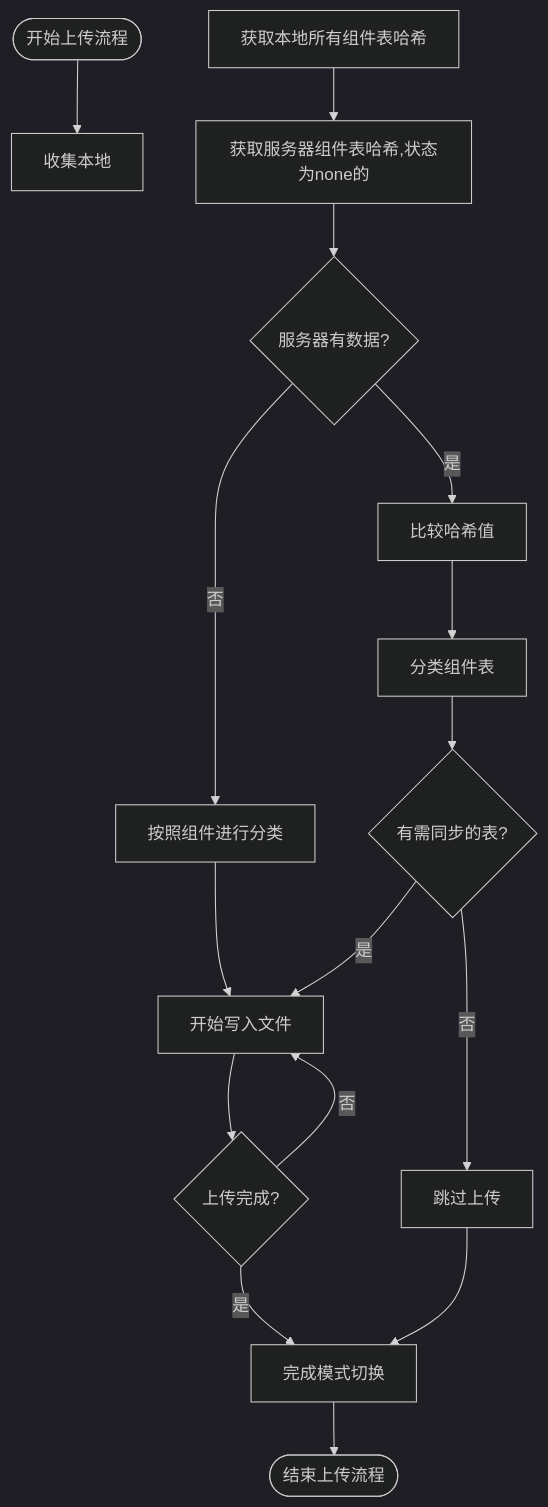
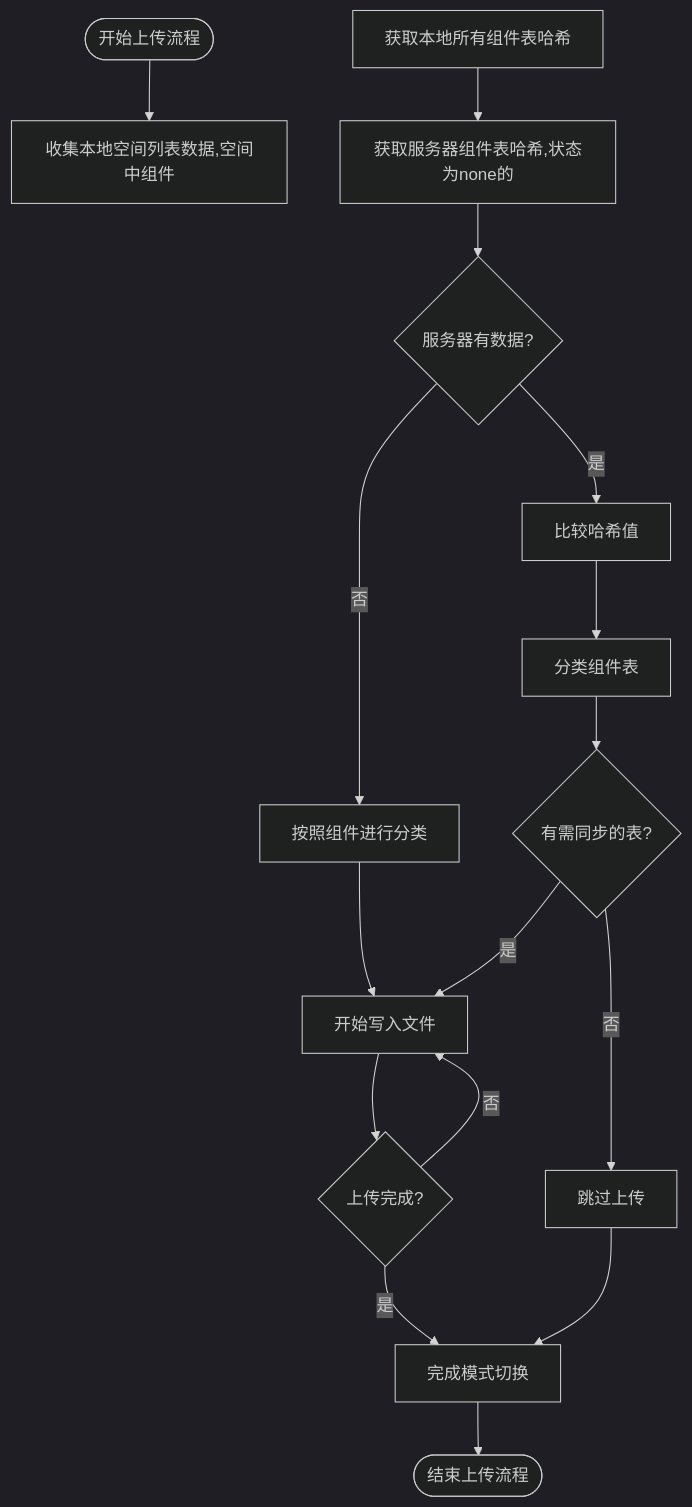
The diagram in all/未命名-59.md (yingjianzh/iodraw-files), drawn with Mermaid (dark theme) before and after one commit.

Commit message:
2025-05-14 15:50:40 update

````diff
--- a/all/未命名-59.md
+++ b/all/未命名-59.md
@@ -1,33 +1,33 @@
 ```mermaid
 
 flowchart TD
-    Start([开始上传流程]) --> CollectData[收集本地]
+    Start([开始上传流程]) --> CollectData[收集本地空间列表数据,空间中组件]
     CollectLocalHashes[获取本地所有组件表哈希]
     CollectLocalHashes --> FetchServerHashes[获取服务器组件表哈希,状态为none的]
     
     FetchServerHashes --> ServerHasData{服务器有数据?}
     
     ServerHasData -->|是| CompareHashes[比较哈希值]
     ServerHasData -->|否| ClassifyTables2[按照组件进行分类]
     ClassifyTables2 --> StartBatching[开始写入文件]
     
     CompareHashes --> ClassifyTables[分类组件表]
     ClassifyTables --> HasChanges{有需同步的表?}
     
     HasChanges -->|否| SkipUpload[跳过上传]
     HasChanges -->|是| StartBatching
     
     StartBatching --> UploadComplete{上传完成?}
 
 
     UploadComplete -->|是| FinalizeMode[完成模式切换]
     UploadComplete -->|否| StartBatching
 
     
     
     FinalizeMode --> End([结束上传流程])
     
     SkipUpload --> FinalizeMode
 
 
 ```
````
